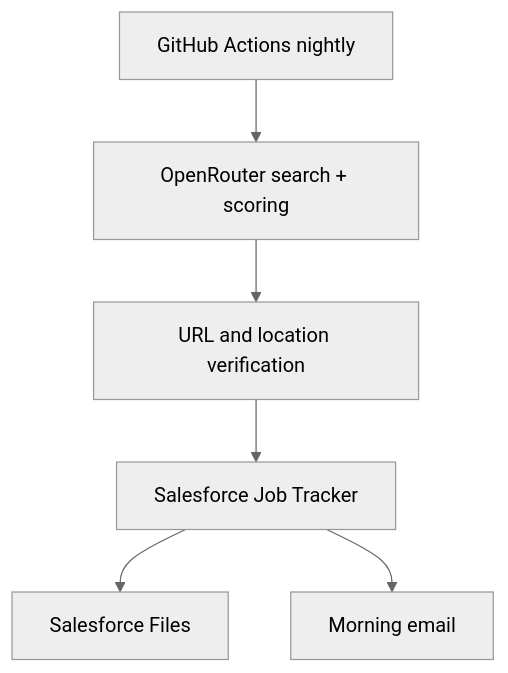
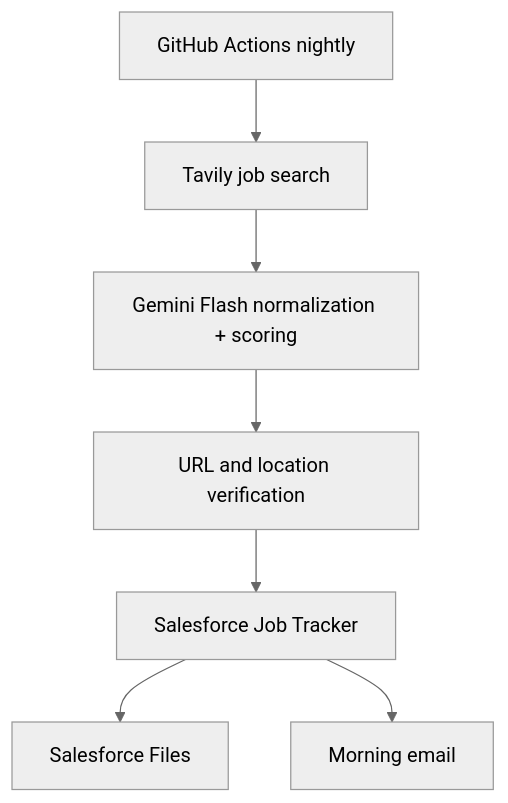
The diagram in README.md (vamshi4067/salesforce-job-search-agent), drawn with Mermaid (neutral theme) before and after one commit. The commit also changed other lines of this file and 12 other files, not shown here.

Commit message:
Switch job search to Gemini Flash and Tavily

````diff
--- a/README.md
+++ b/README.md
@@ -18,8 +18,9 @@
 ```mermaid
 flowchart TD
-  GH["GitHub Actions nightly"] --> OR["OpenRouter search + scoring"]
-  OR --> V["URL and location verification"]
+  GH["GitHub Actions nightly"] --> T["Tavily job search"]
+  T --> G["Gemini Flash normalization + scoring"]
+  G --> V["URL and location verification"]
   V --> SF["Salesforce Job Tracker"]
   SF --> F["Salesforce Files"]
   SF --> E["Morning email"]
 ```
````
